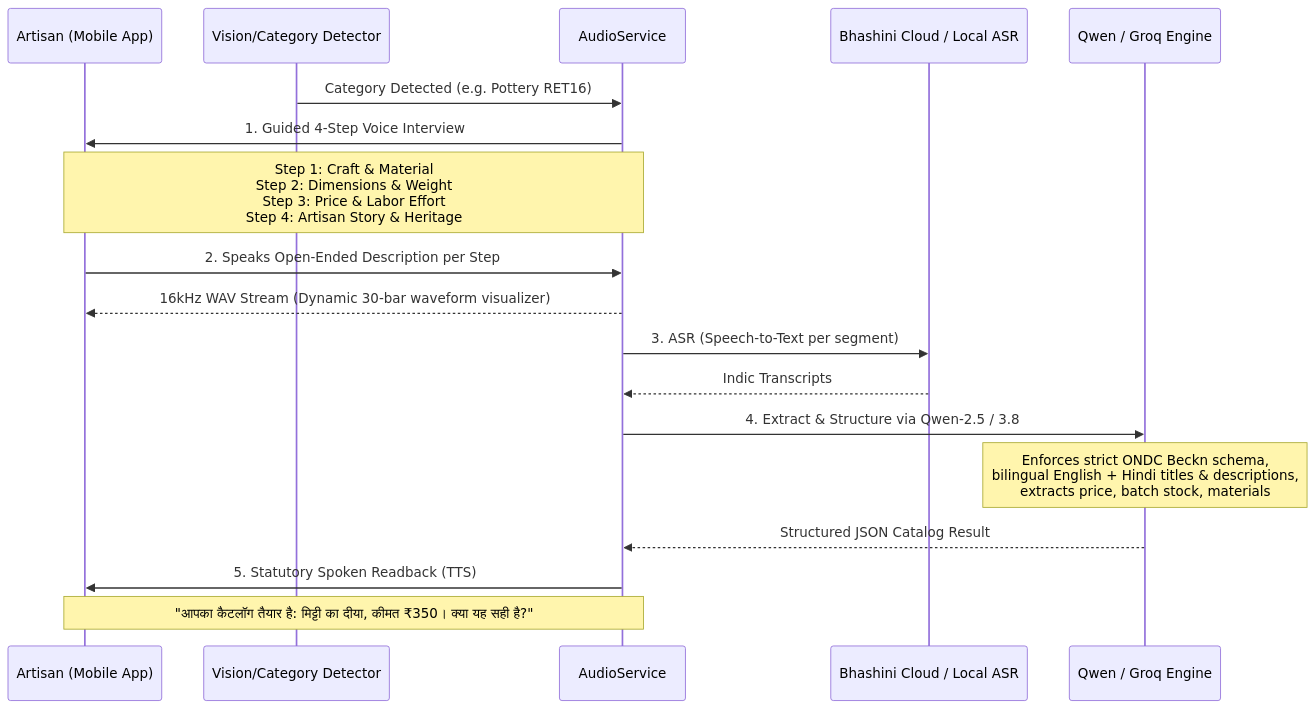
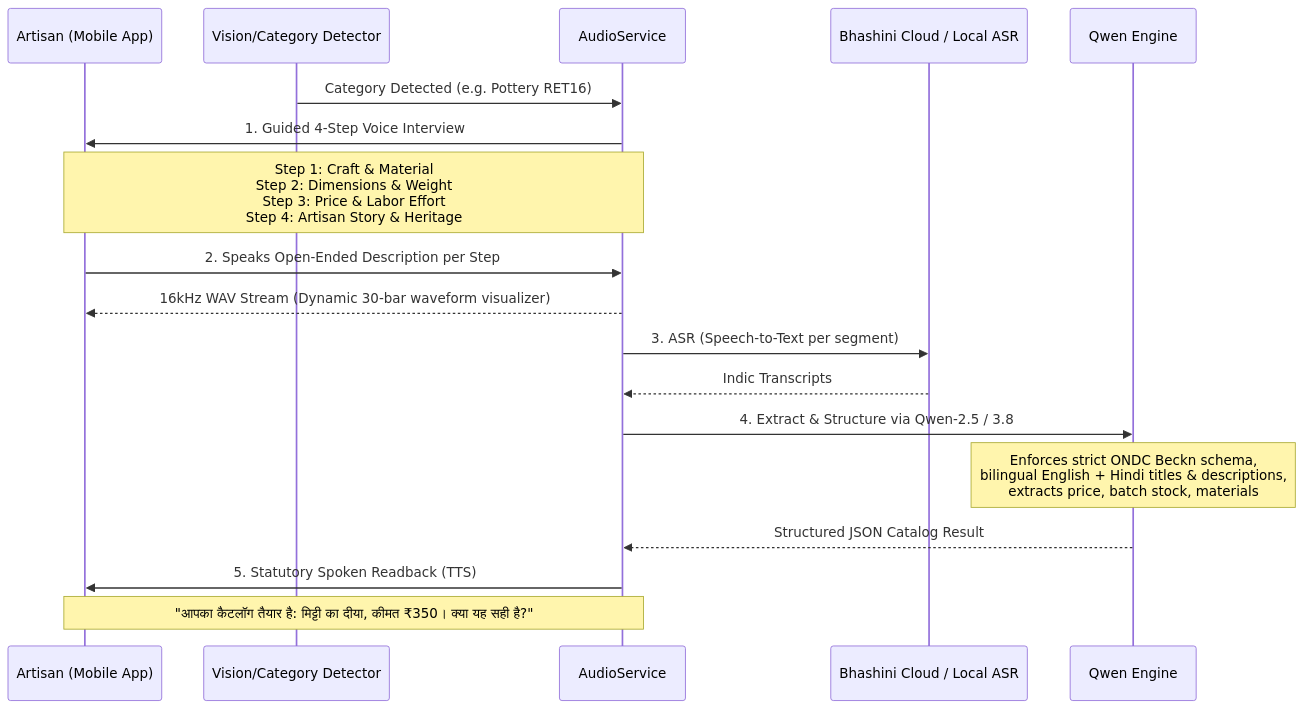
The diagram in artifacts/voice-pipeline-architecture.md (NotTheAmmar/project-zerotype), drawn with Mermaid before and after one commit. The commit also changed other lines of this file and 31 other files, not shown here.

````diff
--- a/artifacts/voice-pipeline-architecture.md
+++ b/artifacts/voice-pipeline-architecture.md
@@ -9,25 +9,25 @@
 ```mermaid
 sequenceDiagram
     participant Artisan as Artisan (Mobile App)
     participant Vision as Vision/Category Detector
     participant Audio as AudioService
     participant Bhashini as Bhashini Cloud / Local ASR
-    participant Qwen as Qwen / Groq Engine
+    participant Qwen as Qwen Engine
     
     Vision->>Audio: Category Detected (e.g. Pottery RET16)
     Audio->>Artisan: 1. Guided 4-Step Voice Interview
     Note over Artisan,Audio: Step 1: Craft & Material<br/>Step 2: Dimensions & Weight<br/>Step 3: Price & Labor Effort<br/>Step 4: Artisan Story & Heritage
     
     Artisan->>Audio: 2. Speaks Open-Ended Description per Step
     Audio-->>Artisan: 16kHz WAV Stream (Dynamic 30-bar waveform visualizer)
     
     Audio->>Bhashini: 3. ASR (Speech-to-Text per segment)
     Bhashini-->>Audio: Indic Transcripts
     
     Audio->>Qwen: 4. Extract & Structure via Qwen-2.5 / 3.8
     Note over Qwen: Enforces strict ONDC Beckn schema,<br/>bilingual English + Hindi titles & descriptions,<br/>extracts price, batch stock, materials
     Qwen-->>Audio: Structured JSON Catalog Result
     
     Audio->>Artisan: 5. Statutory Spoken Readback (TTS)
     Note over Audio,Artisan: "आपका कैटलॉग तैयार है: मिट्टी का दीया, कीमत ₹350। क्या यह सही है?"
 ```
````
